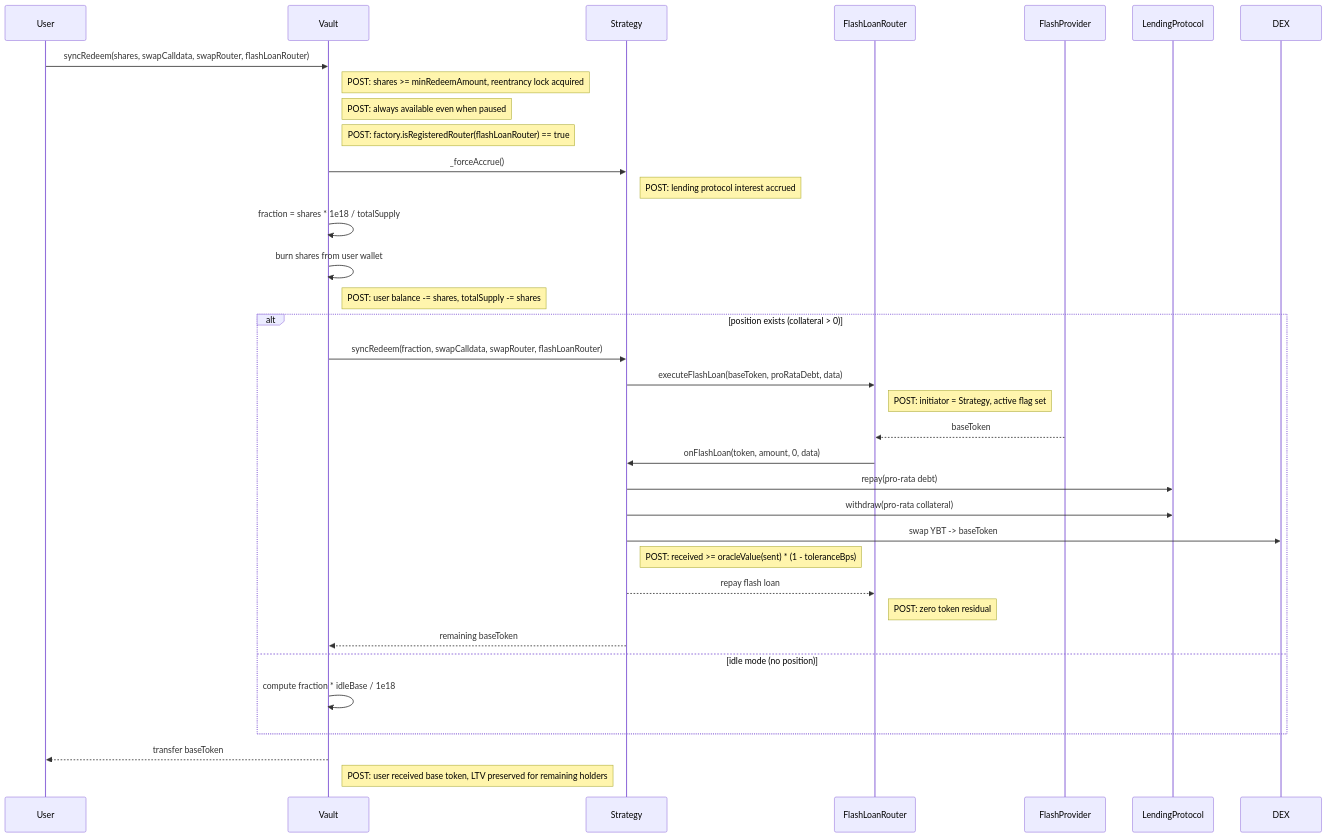
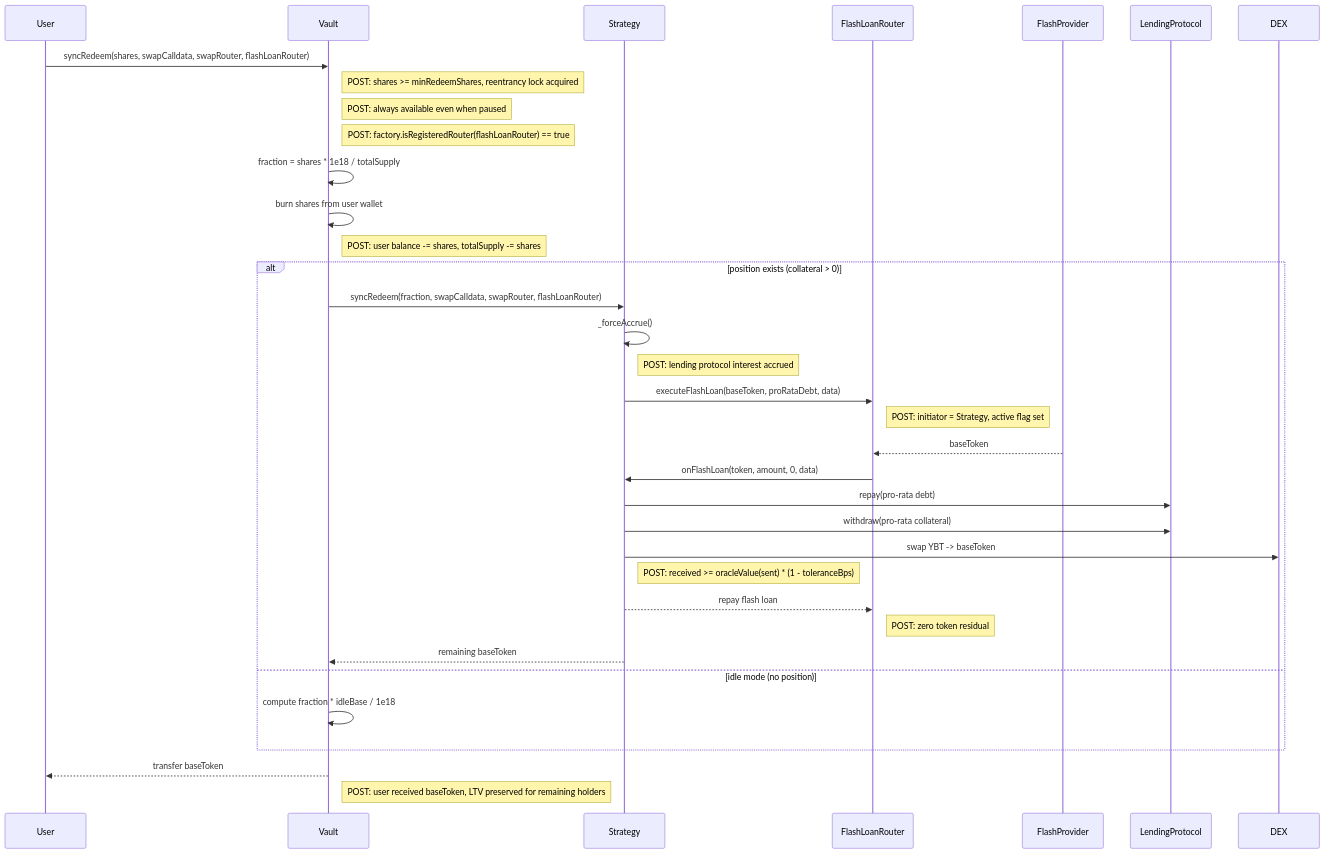
The seventh of 22 diagrams in docs/architecture/call-diagrams.md (evgenynacu/leverage-vaults), drawn with Mermaid before and after one commit. The commit also changed other lines of this file and 18 other files, not shown here.

````diff
--- a/docs/architecture/call-diagrams.md
+++ b/docs/architecture/call-diagrams.md
@@ -128,30 +126,30 @@
 ```mermaid
 sequenceDiagram
     User->>Vault: syncRedeem(shares, swapCalldata, swapRouter, flashLoanRouter)
-    note right of Vault: POST: shares >= minRedeemAmount, reentrancy lock acquired
+    note right of Vault: POST: shares >= minRedeemShares, reentrancy lock acquired
     note right of Vault: POST: always available even when paused
     note right of Vault: POST: factory.isRegisteredRouter(flashLoanRouter) == true
-    Vault->>Strategy: _forceAccrue()
-    note right of Strategy: POST: lending protocol interest accrued
     Vault->>Vault: fraction = shares * 1e18 / totalSupply
     Vault->>Vault: burn shares from user wallet
     note right of Vault: POST: user balance -= shares, totalSupply -= shares
     alt position exists (collateral > 0)
         Vault->>Strategy: syncRedeem(fraction, swapCalldata, swapRouter, flashLoanRouter)
+        Strategy->>Strategy: _forceAccrue()
+        note right of Strategy: POST: lending protocol interest accrued
         Strategy->>FlashLoanRouter: executeFlashLoan(baseToken, proRataDebt, data)
         note right of FlashLoanRouter: POST: initiator = Strategy, active flag set
         FlashProvider-->>FlashLoanRouter: baseToken
         FlashLoanRouter->>Strategy: onFlashLoan(token, amount, 0, data)
         Strategy->>LendingProtocol: repay(pro-rata debt)
         Strategy->>LendingProtocol: withdraw(pro-rata collateral)
         Strategy->>DEX: swap YBT -> baseToken
         note right of Strategy: POST: received >= oracleValue(sent) * (1 - toleranceBps)
         Strategy-->>FlashLoanRouter: repay flash loan
         note right of FlashLoanRouter: POST: zero token residual
         Strategy-->>Vault: remaining baseToken
     else idle mode (no position)
         Vault->>Vault: compute fraction * idleBase / 1e18
     end
     Vault-->>User: transfer baseToken
-    note right of Vault: POST: user received base token, LTV preserved for remaining holders
+    note right of Vault: POST: user received baseToken, LTV preserved for remaining holders
 ```
````
